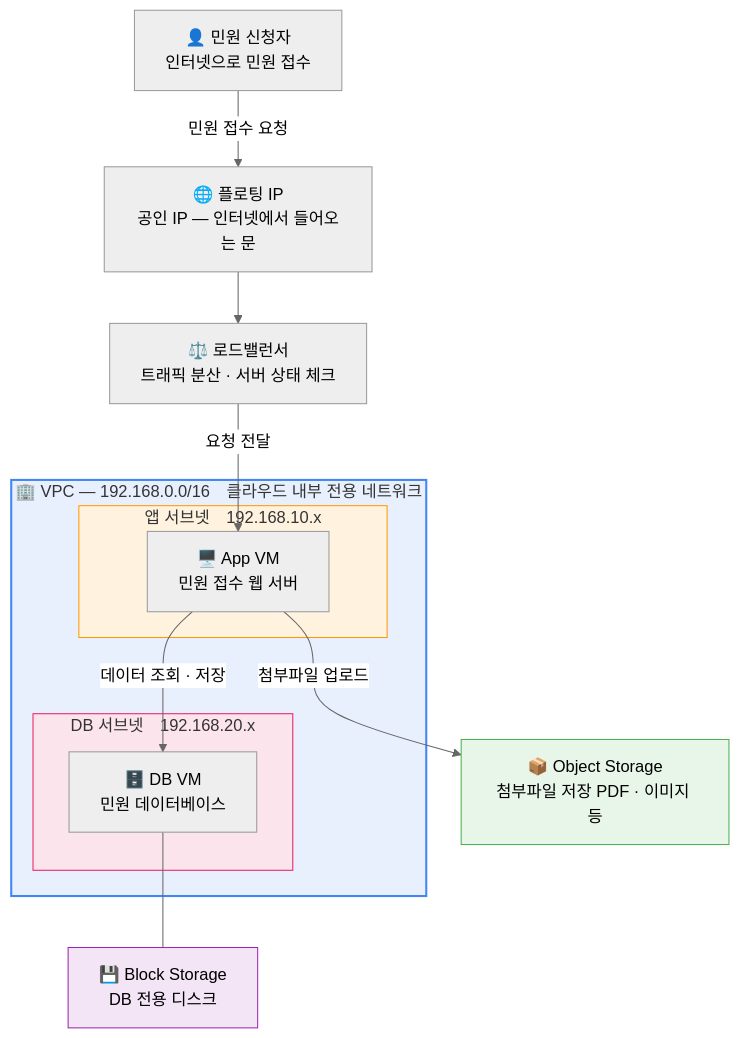
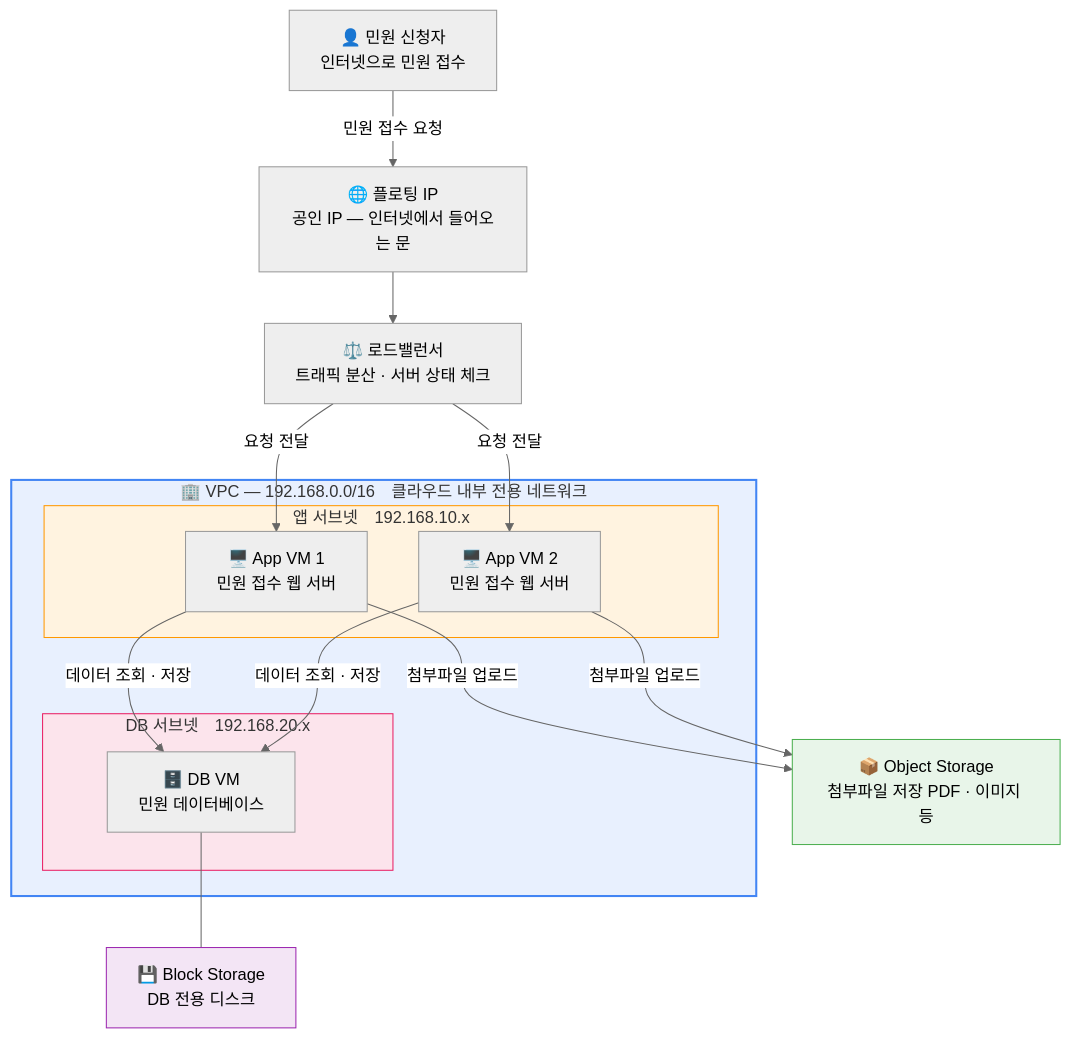
The diagram in docs/day1/index.md (skilleat-labs/cloud-native-minwon-lab), drawn with Mermaid (neutral theme) before and after one commit.

Commit message:
docs: Day 1 최종 아키텍처에 App VM 2대로 수정

````diff
--- a/docs/day1/index.md
+++ b/docs/day1/index.md
@@ -18,33 +18,37 @@
 ```mermaid
 graph TD
     User["👤 민원 신청자\n인터넷으로 민원 접수"]
 
     FIP["🌐 플로팅 IP\n공인 IP — 인터넷에서 들어오는 문"]
 
     LB["⚖️ 로드밸런서\n트래픽 분산 · 서버 상태 체크"]
 
     subgraph VPC["🏢 VPC — 192.168.0.0/16　클라우드 내부 전용 네트워크"]
         subgraph AppNet["앱 서브넷　192.168.10.x"]
-            AppVM["🖥️ App VM\n민원 접수 웹 서버"]
+            AppVM1["🖥️ App VM 1\n민원 접수 웹 서버"]
+            AppVM2["🖥️ App VM 2\n민원 접수 웹 서버"]
         end
         subgraph DBNet["DB 서브넷　192.168.20.x"]
             DBVM["🗄️ DB VM\n민원 데이터베이스"]
         end
     end
 
     ObjStorage["📦 Object Storage\n첨부파일 저장 PDF · 이미지 등"]
     BlockStorage["💾 Block Storage\nDB 전용 디스크"]
 
     User -->|"민원 접수 요청"| FIP
     FIP --> LB
-    LB -->|"요청 전달"| AppVM
-    AppVM -->|"데이터 조회 · 저장"| DBVM
-    AppVM -->|"첨부파일 업로드"| ObjStorage
+    LB -->|"요청 전달"| AppVM1
+    LB -->|"요청 전달"| AppVM2
+    AppVM1 -->|"데이터 조회 · 저장"| DBVM
+    AppVM2 -->|"데이터 조회 · 저장"| DBVM
+    AppVM1 -->|"첨부파일 업로드"| ObjStorage
+    AppVM2 -->|"첨부파일 업로드"| ObjStorage
     DBVM --- BlockStorage
 
     style VPC fill:#e8f0fe,stroke:#4285f4,stroke-width:2px
     style AppNet fill:#fff3e0,stroke:#ff9800,stroke-width:1px
     style DBNet fill:#fce4ec,stroke:#e91e63,stroke-width:1px
     style ObjStorage fill:#e8f5e9,stroke:#4caf50,stroke-width:1px
     style BlockStorage fill:#f3e5f5,stroke:#9c27b0,stroke-width:1px
 ```
````
